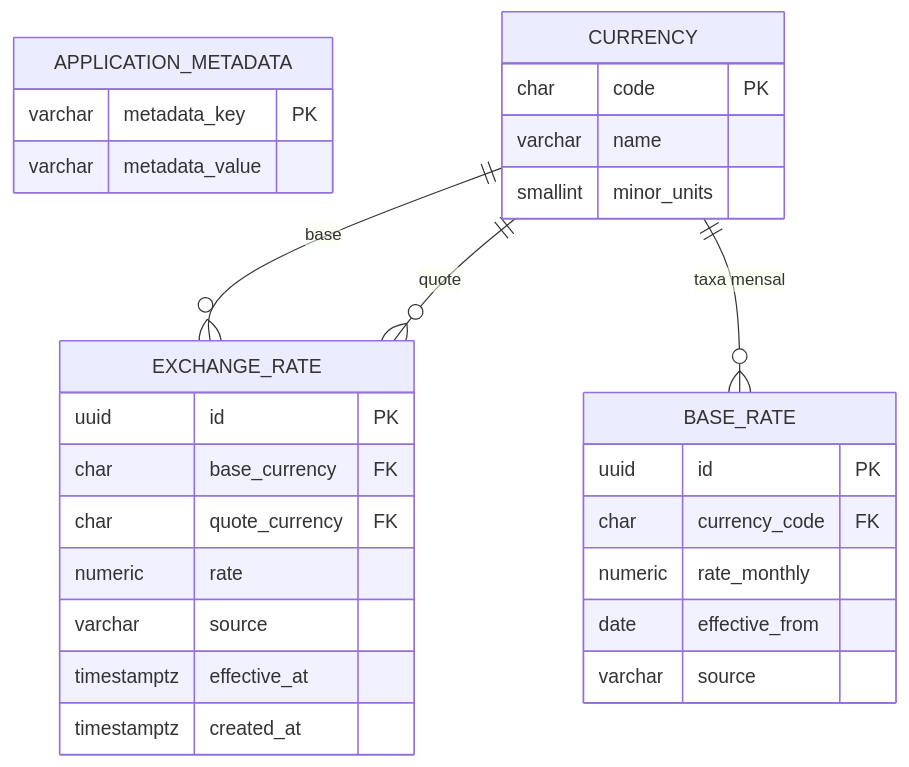
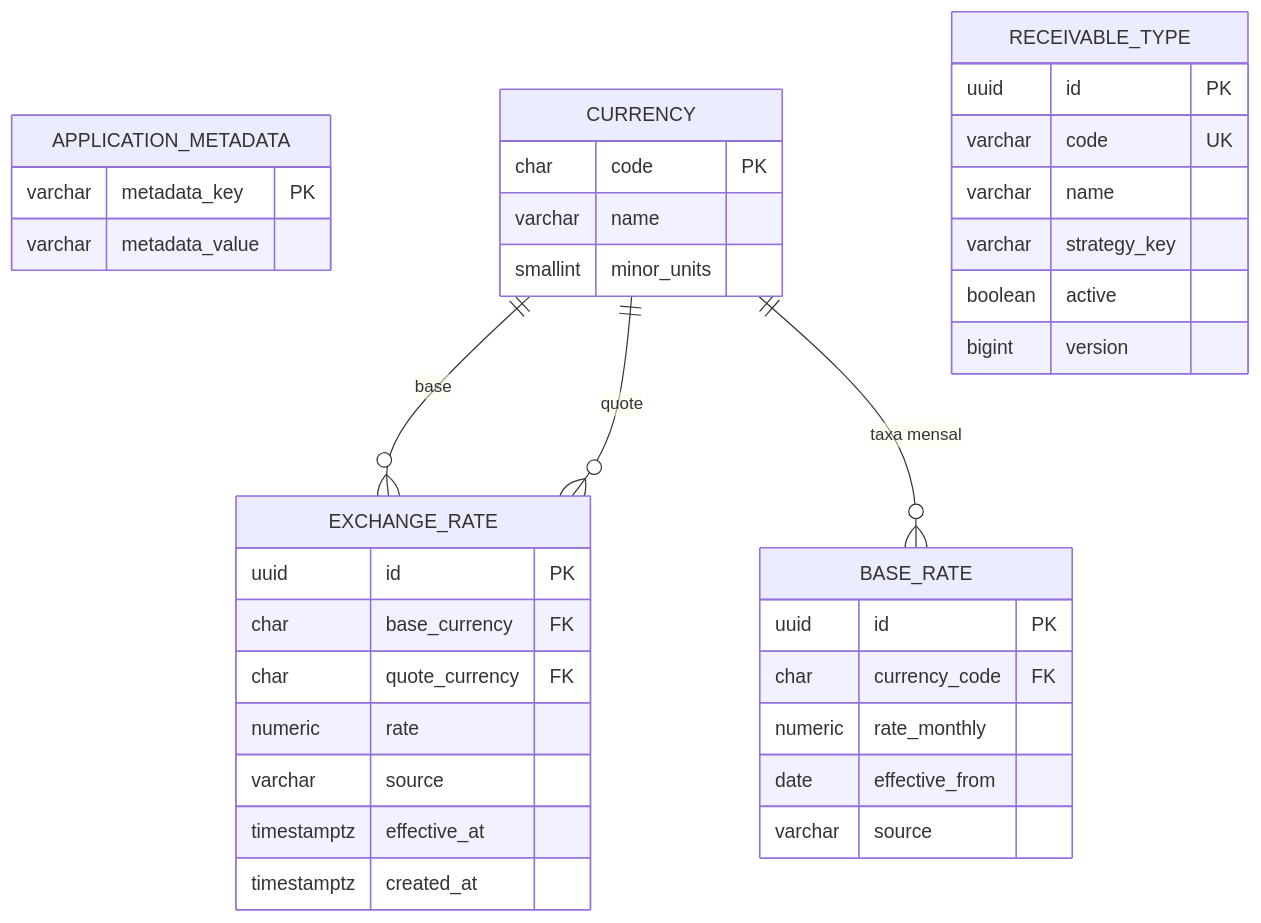
Before and after one commit to LiniiS/srm-credit-engine: the first of 2 diagrams in docs/database/er.md, drawn with Mermaid. The commit also changed other lines of this file and 3 other files, not shown here.

Commit message:
feat(db): add receivable-type catalog

````diff
--- a/docs/database/er.md
+++ b/docs/database/er.md
@@ -8,31 +9,39 @@
 ```mermaid
 erDiagram
   APPLICATION_METADATA {
     varchar metadata_key PK
     varchar metadata_value
   }
   CURRENCY ||--o{ EXCHANGE_RATE : "base"
   CURRENCY ||--o{ EXCHANGE_RATE : "quote"
   CURRENCY ||--o{ BASE_RATE : "taxa mensal"
   CURRENCY {
     char code PK
     varchar name
     smallint minor_units
   }
   EXCHANGE_RATE {
     uuid id PK
     char base_currency FK
     char quote_currency FK
     numeric rate
     varchar source
     timestamptz effective_at
     timestamptz created_at
   }
   BASE_RATE {
     uuid id PK
     char currency_code FK
     numeric rate_monthly
     date effective_from
     varchar source
   }
+  RECEIVABLE_TYPE {
+    uuid id PK
+    varchar code UK
+    varchar name
+    varchar strategy_key
+    boolean active
+    bigint version
+  }
 ```
````
